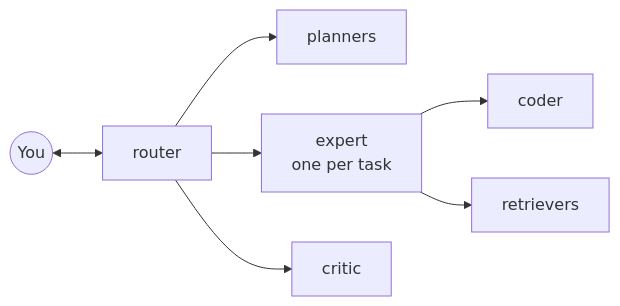
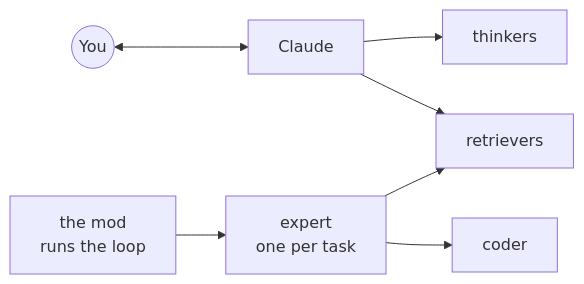
The diagram in README.md (Druthulu/ProjectArchitect), drawn with Mermaid before and after one commit. The commit also changed other lines of this file and 392 other files, not shown here.

Commit message:
Project Architect 3.0, version 3.28

````diff
--- a/README.md
+++ b/README.md
@@ -65,9 +59,9 @@
 ```mermaid
 flowchart LR
-    you((You)) <--> router["router"]
-    router --> planners["planners"]
-    router --> expert["expert<br/>one per task"]
-    router --> critic["critic"]
+    you((You)) <--> claude["Claude"]
+    claude --> thinkers["thinkers"]
+    claude --> retrievers["retrievers"]
+    mod["the mod<br/>runs the loop"] --> expert["expert<br/>one per task"]
     expert --> coder["coder"]
-    expert --> retrievers["retrievers"]
+    expert --> retrievers
 ```
````
